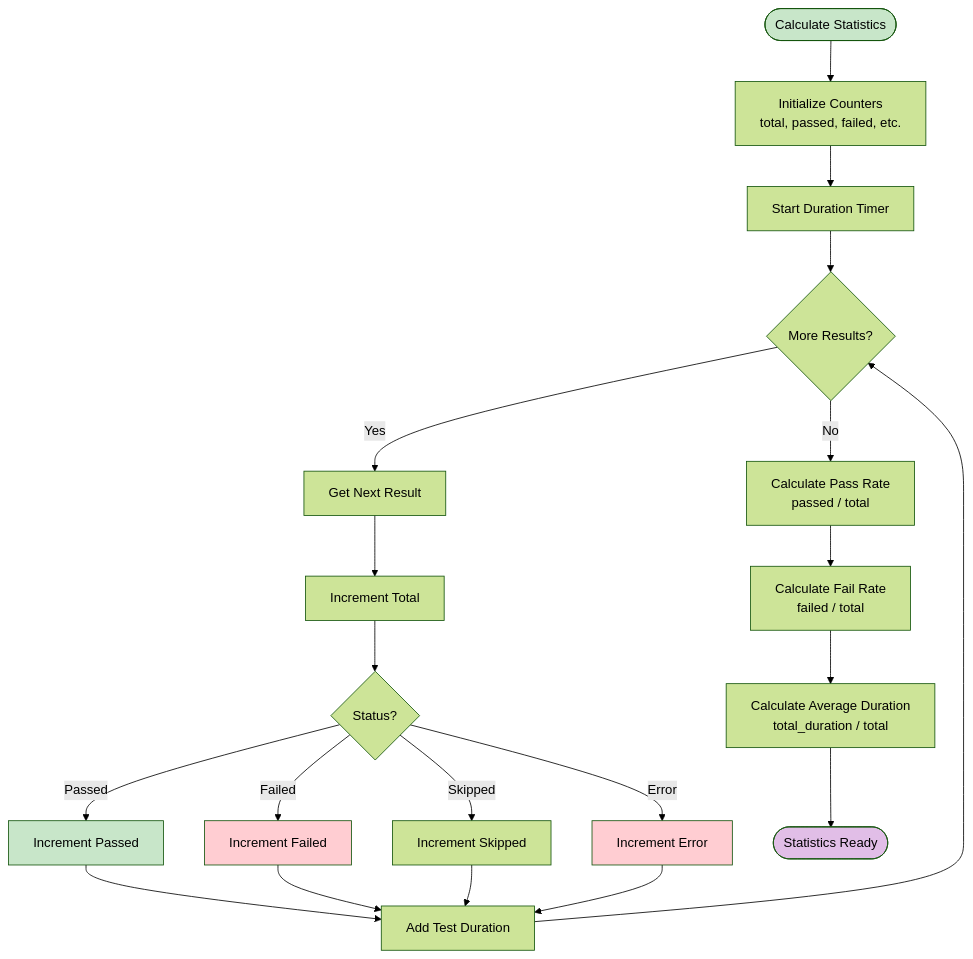
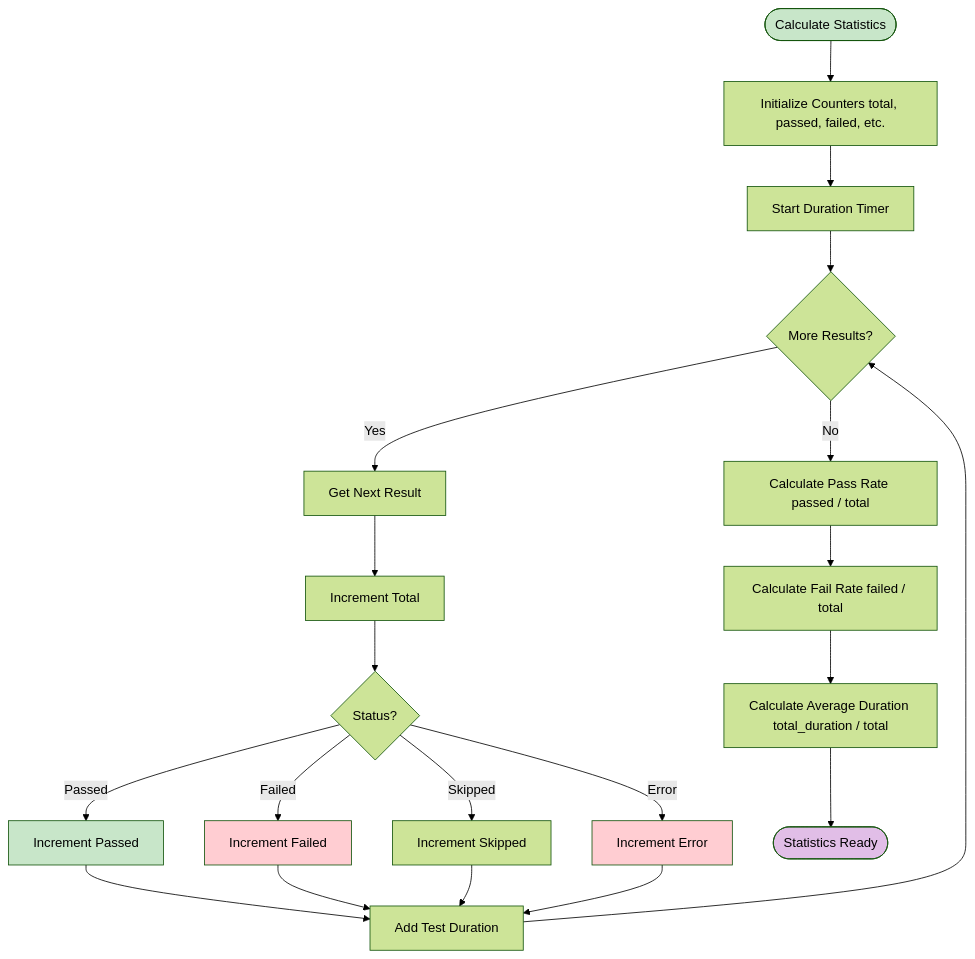
The ninth of 14 diagrams in wiki/Reporter.md (softwarewrighter/ui-test-rs), drawn with Mermaid (forest theme) before and after one commit. The commit also changed other lines of this file and 10 other files, not shown here.

First line of the commit message:
Fix wiki Mermaid diagrams: remove <br/> tags

````diff
--- a/wiki/Reporter.md
+++ b/wiki/Reporter.md
@@ -410,55 +410,55 @@
 ```mermaid
 flowchart TB
     Start([Calculate Statistics])
-    InitCounters[Initialize Counters<br/>total, passed, failed, etc.]
+    InitCounters[Initialize Counters total, passed, failed, etc.]
     StartTimer[Start Duration Timer]
 
     MoreResults{More Results?}
     GetResult[Get Next Result]
     IncrementTotal[Increment Total]
 
     CheckStatus{Status?}
     IncrPassed[Increment Passed]
     IncrFailed[Increment Failed]
     IncrSkipped[Increment Skipped]
     IncrError[Increment Error]
 
     AddDuration[Add Test Duration]
 
-    CalcPassRate[Calculate Pass Rate<br/>passed / total]
-    CalcFailRate[Calculate Fail Rate<br/>failed / total]
-    CalcAvgDuration[Calculate Average Duration<br/>total_duration / total]
+    CalcPassRate[Calculate Pass Rate passed / total]
+    CalcFailRate[Calculate Fail Rate failed / total]
+    CalcAvgDuration[Calculate Average Duration total_duration / total]
 
     Done([Statistics Ready])
 
     Start --> InitCounters
     InitCounters --> StartTimer
     StartTimer --> MoreResults
 
     MoreResults -->|Yes| GetResult
     GetResult --> IncrementTotal
     IncrementTotal --> CheckStatus
 
     CheckStatus -->|Passed| IncrPassed
     CheckStatus -->|Failed| IncrFailed
     CheckStatus -->|Skipped| IncrSkipped
     CheckStatus -->|Error| IncrError
 
     IncrPassed --> AddDuration
     IncrFailed --> AddDuration
     IncrSkipped --> AddDuration
     IncrError --> AddDuration
 
     AddDuration --> MoreResults
 
     MoreResults -->|No| CalcPassRate
     CalcPassRate --> CalcFailRate
     CalcFailRate --> CalcAvgDuration
     CalcAvgDuration --> Done
 
     style Start fill:#c8e6c9
     style Done fill:#e1bee7
     style IncrPassed fill:#c8e6c9
     style IncrFailed fill:#ffcdd2
     style IncrError fill:#ffcdd2
 ```
````
